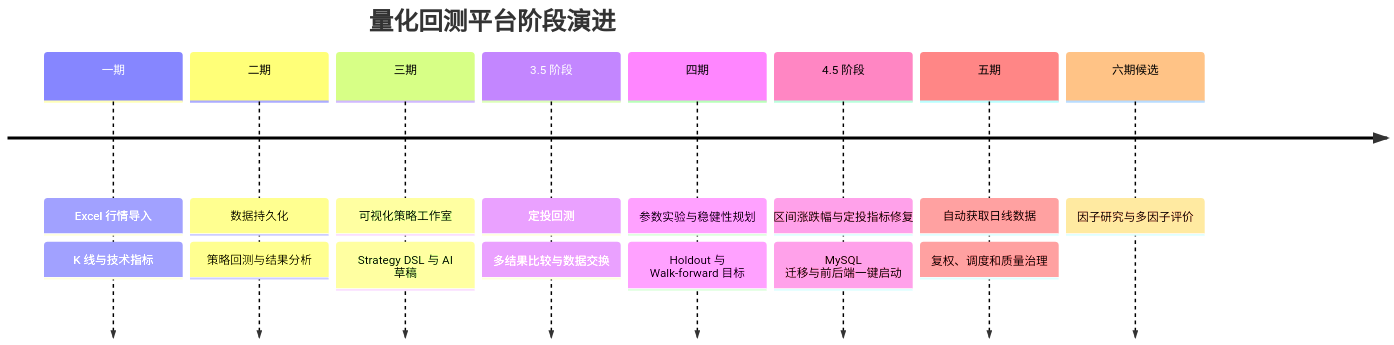
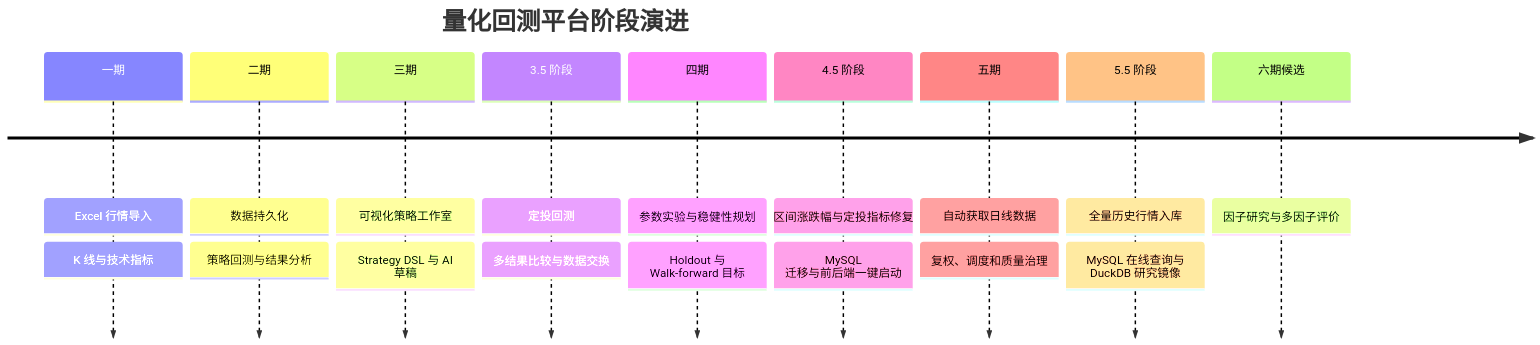
Before and after one commit to tly580474-cmyk/Quantitative-Backtesting: the fifth of 5 diagrams in doc/PROJECT_OVERVIEW.md, drawn with Mermaid. The commit also changed other lines of this file and 40 other files, not shown here.

````diff
--- a/doc/PROJECT_OVERVIEW.md
+++ b/doc/PROJECT_OVERVIEW.md
@@ -281,19 +282,21 @@
 ```mermaid
 timeline
     title 量化回测平台阶段演进
     一期 : Excel 行情导入
          : K 线与技术指标
     二期 : 数据持久化
          : 策略回测与结果分析
     三期 : 可视化策略工作室
          : Strategy DSL 与 AI 草稿
     3.5 阶段 : 定投回测
              : 多结果比较与数据交换
     四期 : 参数实验与稳健性规划
          : Holdout 与 Walk-forward 目标
     4.5 阶段 : 区间涨跌幅与定投指标修复
              : MySQL 迁移与前后端一键启动
     五期 : 自动获取日线数据
          : 复权、调度和质量治理
+    5.5 阶段 : 全量历史行情入库
+             : MySQL 在线查询与 DuckDB 研究镜像
     六期候选 : 因子研究与多因子评价
 ```
````
